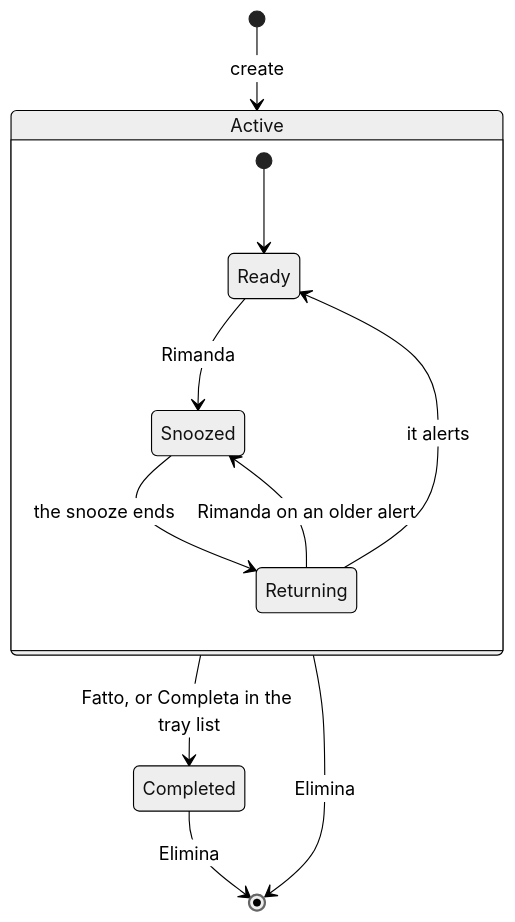
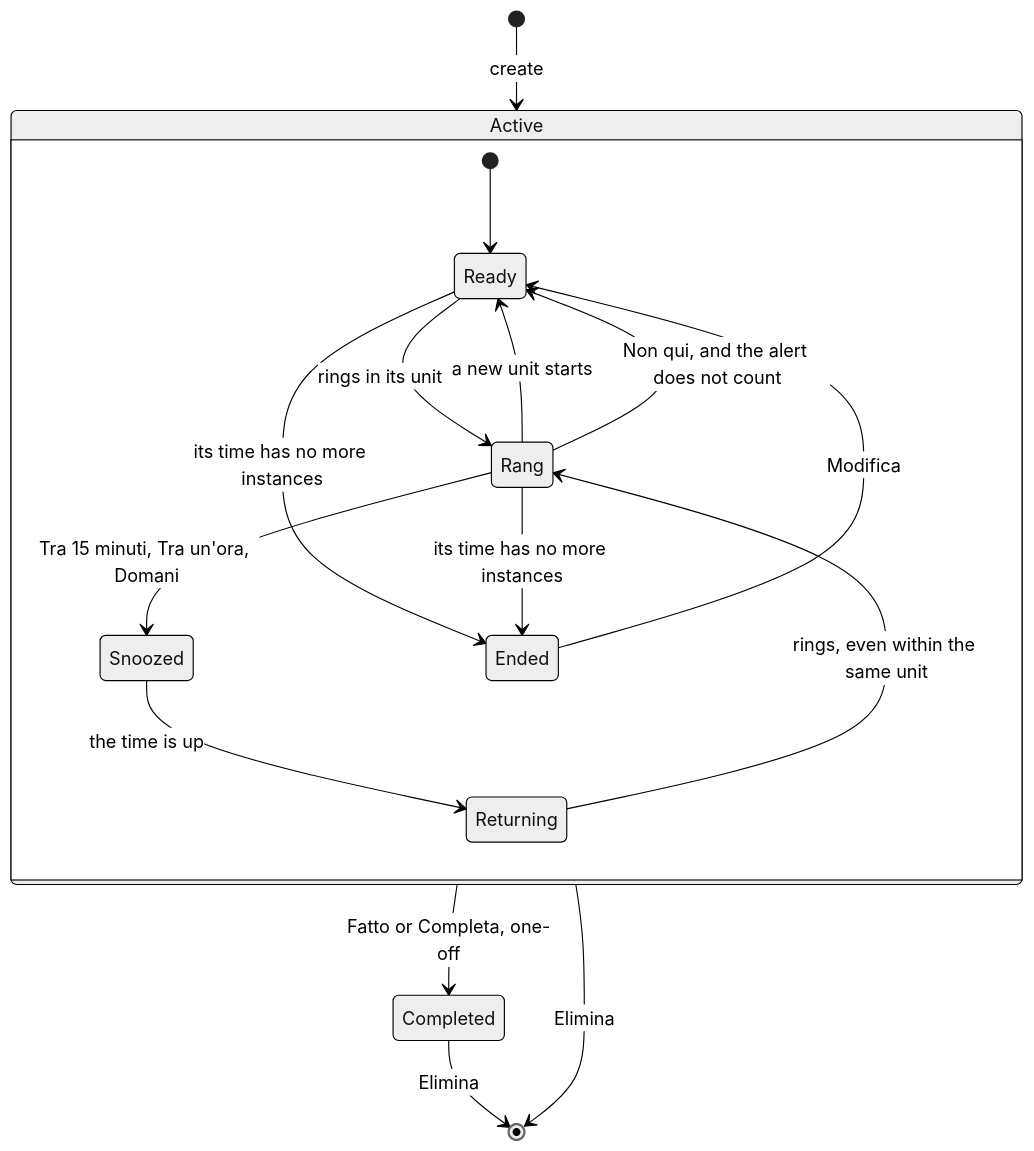
Before and after one commit to devfrx/jiffin: the first of 2 diagrams in docs/design/lifecycles.md, drawn with Mermaid (neutral theme). The commit also changed other lines of this file and 37 other files, not shown here.

````diff
--- a/docs/design/lifecycles.md
+++ b/docs/design/lifecycles.md
@@ -11,14 +11,19 @@
 ```mermaid
 stateDiagram-v2
     [*] --> Active : create
     state Active {
         [*] --> Ready
-        Ready --> Snoozed : Rimanda
-        Snoozed --> Returning : the snooze ends
-        Returning --> Ready : it alerts
-        Returning --> Snoozed : Rimanda on an older alert
+        Ready --> Rang : rings in its unit
+        Rang --> Ready : a new unit starts
+        Rang --> Ready : Non qui, and the alert does not count
+        Rang --> Snoozed : Tra 15 minuti, Tra un'ora, Domani
+        Snoozed --> Returning : the time is up
+        Returning --> Rang : rings, even within the same unit
+        Ready --> Ended : its time has no more instances
+        Rang --> Ended : its time has no more instances
+        Ended --> Ready : Modifica
     }
-    Active --> Completed : Fatto, or Completa in the tray list
+    Active --> Completed : Fatto or Completa, one-off
     Active --> [*] : Elimina
     Completed --> [*] : Elimina
 ```
````
